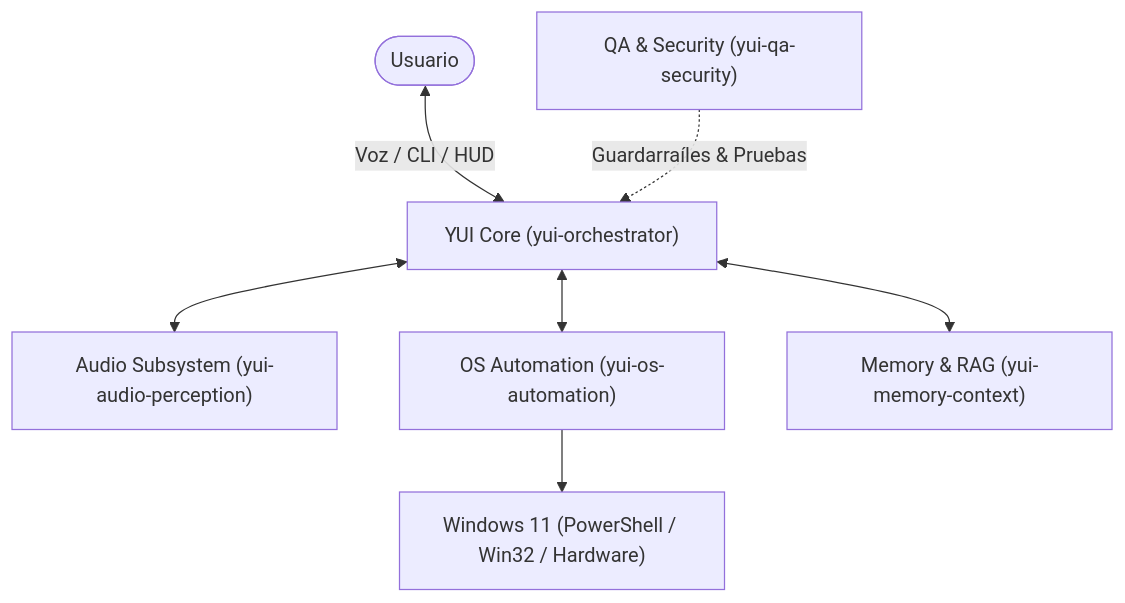
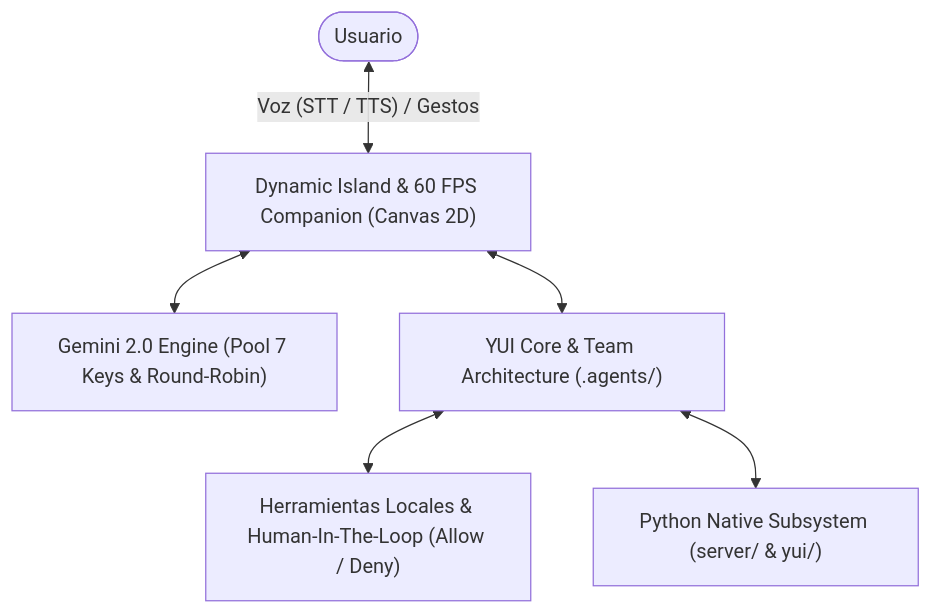
The diagram in README.md (Julsanchezc/YUI), drawn with Mermaid before and after one commit. The commit also changed other lines of this file and 17 other files, not shown here.

Commit message:
feat: complete YUI notch companion agent with Gemini 2.0, live voice STT/TTS, 60fps canvas engine and tools

````diff
--- a/README.md
+++ b/README.md
@@ -14,9 +25,8 @@
 ```mermaid
 graph TD
-    User([Usuario]) <-->|"Voz / CLI / HUD"| Core["YUI Core (yui-orchestrator)"]
-    Core <--> Audio["Audio Subsystem (yui-audio-perception)"]
-    Core <--> OS["OS Automation (yui-os-automation)"]
-    Core <--> Mem["Memory & RAG (yui-memory-context)"]
-    QA["QA & Security (yui-qa-security)"] -.->|"Guardarraíles & Pruebas"| Core
-    OS --> Win["Windows 11 (PowerShell / Win32 / Hardware)"]
+    User([Usuario]) <-->|"Voz (STT / TTS) / Gestos"| Island["Dynamic Island & 60 FPS Companion (Canvas 2D)"]
+    Island <--> GeminiPool["Gemini 2.0 Engine (Pool 7 Keys & Round-Robin)"]
+    Island <--> CoreOrch["YUI Core & Team Architecture (.agents/)"]
+    CoreOrch <--> LocalTools["Herramientas Locales & Human-In-The-Loop (Allow / Deny)"]
+    CoreOrch <--> PythonBack["Python Native Subsystem (server/ & yui/)"]
 ```
````
